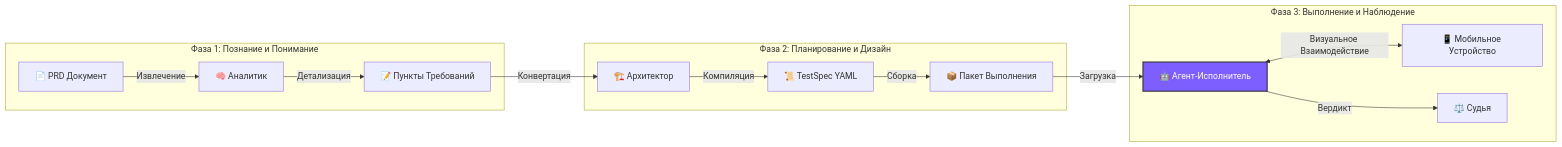
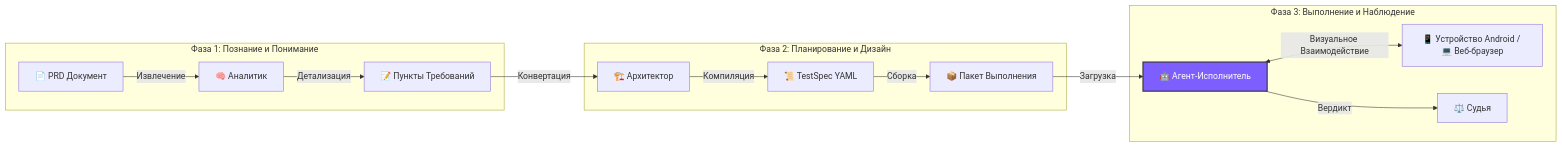
Before and after one commit to Yell0wMe/TesterAgent: the diagram in README.ru.md, drawn with Mermaid. The commit also changed other lines of this file and 4 other files, not shown here.

````diff
--- a/README.ru.md
+++ b/README.ru.md
@@ -63,21 +67,22 @@
 ```mermaid
 graph LR
     subgraph "Фаза 1: Познание и Понимание"
     Doc[📄 PRD Документ] -->|Извлечение| Miner[🧠 Аналитик]
     Miner -->|Детализация| Reqs[📝 Пункты Требований]
     end
 
     subgraph "Фаза 2: Планирование и Дизайн"
     Reqs -->|Конвертация| Synthesizer[🏗️ Архитектор]
     Synthesizer -->|Компиляция| Spec[📜 TestSpec YAML]
     Spec -->|Сборка| Bundle[📦 Пакет Выполнения]
     end
 
     subgraph "Фаза 3: Выполнение и Наблюдение"
     Bundle -->|Загрузка| Runner[🤖 Агент-Исполнитель]
-    Runner <-->|Визуальное Взаимодействие| Phone[📱 Мобильное Устройство]
+    Device[📱 Устройство Android / 💻 Веб-браузер]
+    Runner <-->|Визуальное Взаимодействие| Device
     Runner -->|Вердикт| Judge[⚖️ Судья]
     end
 
     style Runner fill:#7d5fff,stroke:#333,stroke-width:2px,color:white
 ```
````
